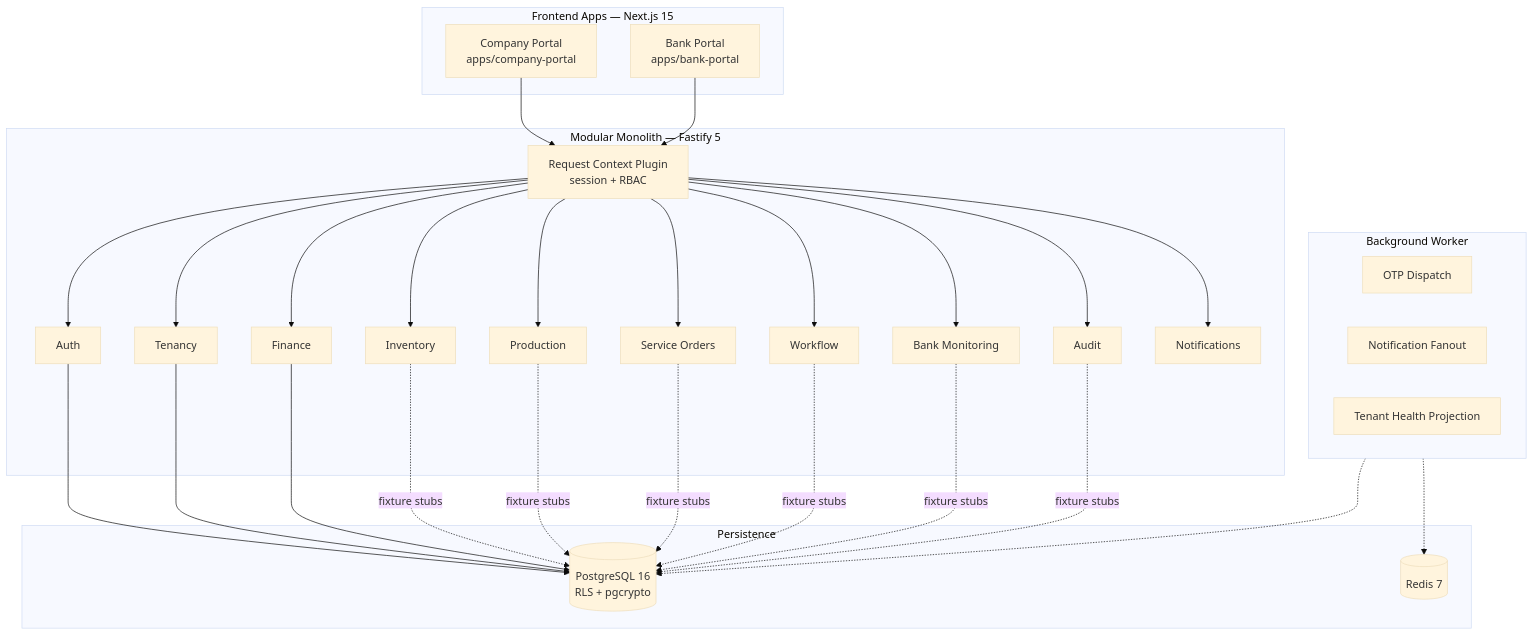
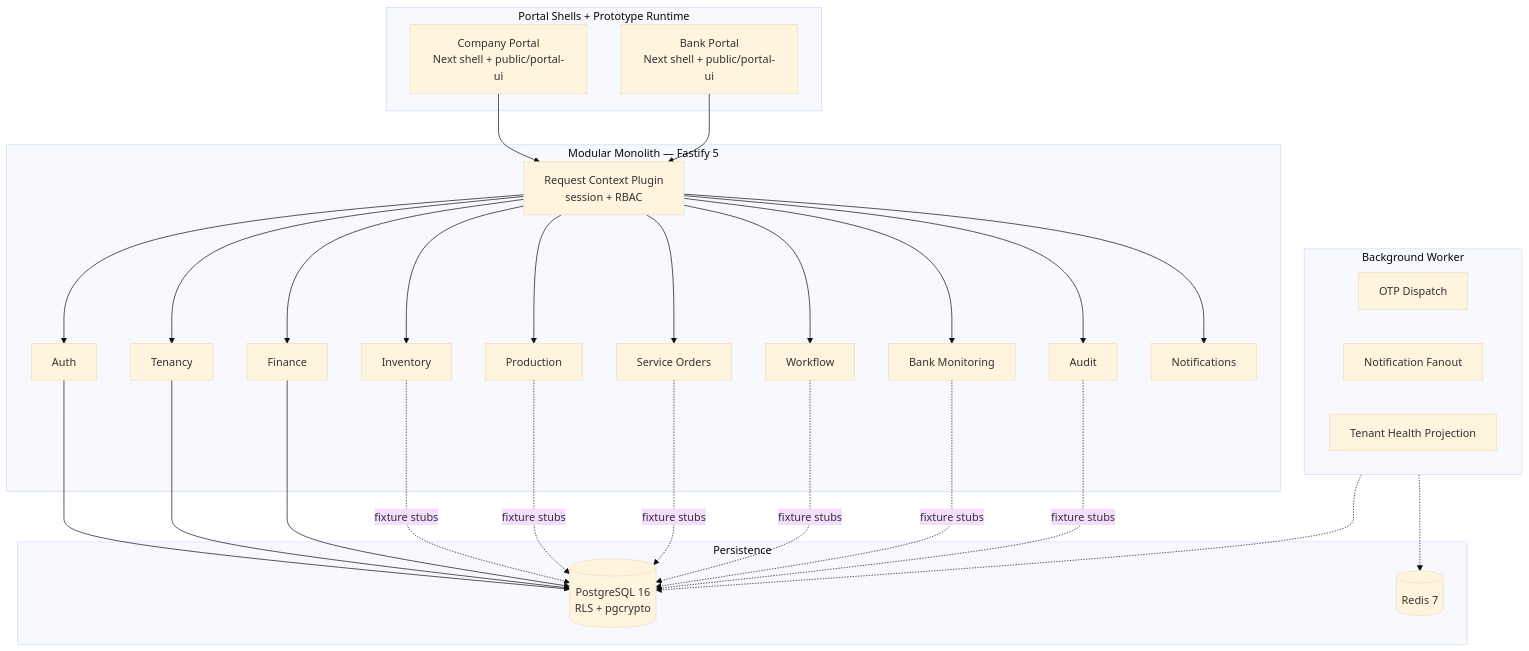
One commit to neabdullokh-code/SMB-ERP-platform changed the first of 2 diagrams in docs/architecture/DEVELOPER_GUIDE.md. Above: the diagram before and after it, drawn with Mermaid (base theme). The commit also changed other lines of this file and 2 other files, not shown here.

Commit message:
docs: update developer guide and architecture notes after portal reliability fixes

````diff
--- a/docs/architecture/DEVELOPER_GUIDE.md
+++ b/docs/architecture/DEVELOPER_GUIDE.md
@@ -27,40 +27,40 @@
 ```mermaid
 graph TB
-    subgraph Clients["Frontend Apps — Next.js 15"]
-        CP["Company Portal<br/>apps/company-portal"]
-        BP["Bank Portal<br/>apps/bank-portal"]
+    subgraph Clients["Portal Shells + Prototype Runtime"]
+        CP["Company Portal<br/>Next shell + public/portal-ui"]
+        BP["Bank Portal<br/>Next shell + public/portal-ui"]
     end
 
     subgraph API["Modular Monolith — Fastify 5"]
         GW["Request Context Plugin<br/>session + RBAC"]
         AUTH["Auth"]
         TEN["Tenancy"]
         FIN["Finance"]
         INV["Inventory"]
         PROD["Production"]
         SO["Service Orders"]
         WF["Workflow"]
         BM["Bank Monitoring"]
         AUD["Audit"]
         NOT["Notifications"]
     end
 
     subgraph Worker["Background Worker"]
         OTP_JOB["OTP Dispatch"]
         NOTIF_JOB["Notification Fanout"]
         PROJ_JOB["Tenant Health Projection"]
     end
 
     subgraph Data["Persistence"]
         PG[(PostgreSQL 16<br/>RLS + pgcrypto)]
         RD[(Redis 7)]
     end
 
     CP --> GW
     BP --> GW
     GW --> AUTH & TEN & FIN & INV & PROD & SO & WF & BM & AUD & NOT
     Worker -.-> PG
     Worker -.-> RD
     AUTH & TEN & FIN --> PG
     INV & PROD & SO & WF & BM & AUD -.->|fixture stubs| PG
 ```
````
